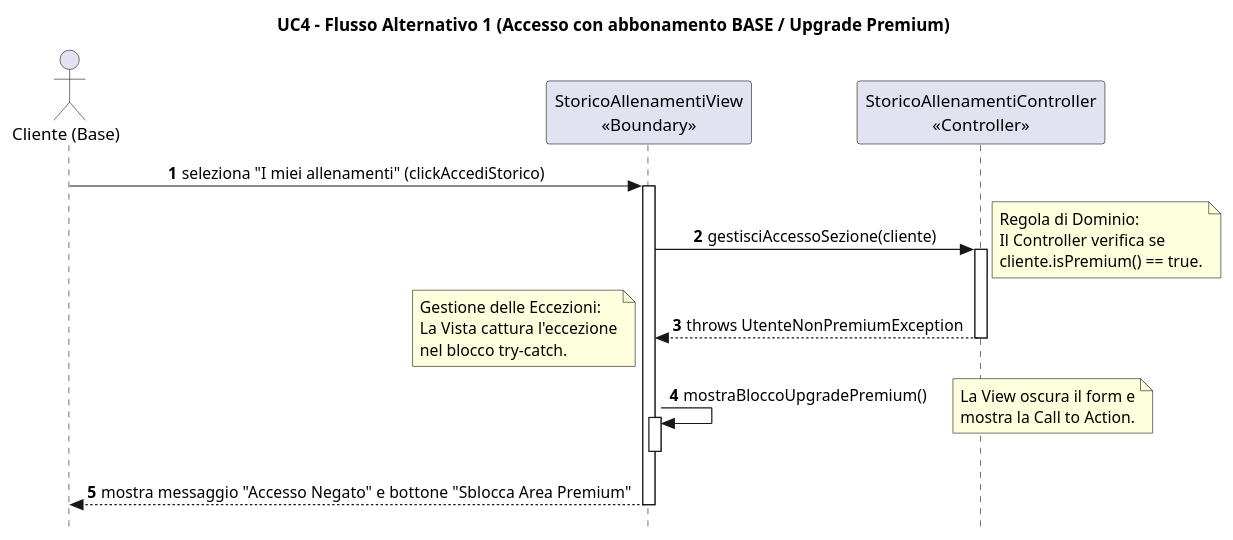
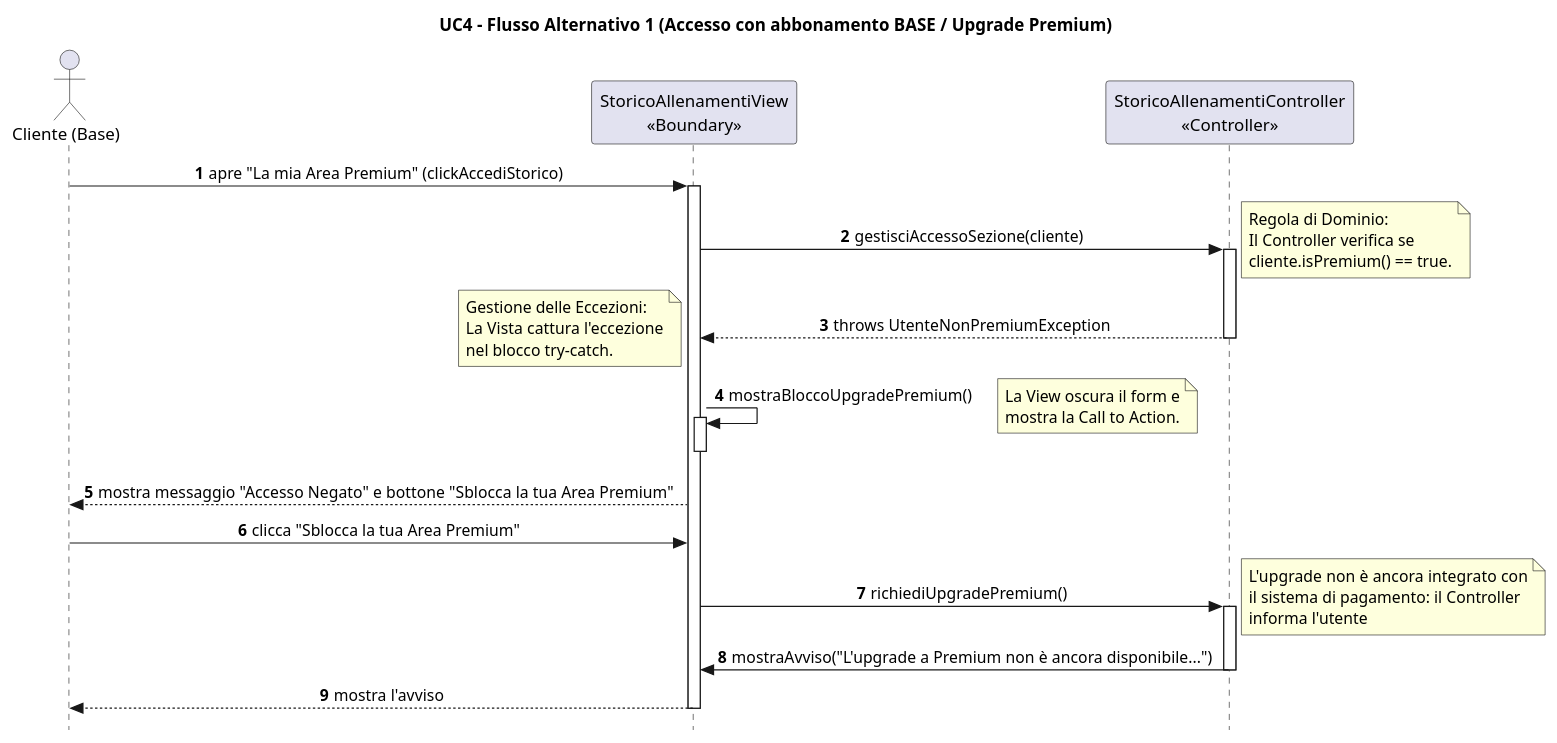
The second of 2 diagrams in ScriptActive/Documenti/08. Diagrammi di Sequenza/DSequenzaUC4.puml (svilu999/Progetto-ScriptActive), drawn with PlantUML before and after one commit. The commit also changed other lines of this file and 33 other files, not shown here.

First line of the commit message:
Allinea i diagrammi UML al codice attuale

```diff
--- a/ScriptActive/Documenti/08. Diagrammi di Sequenza/DSequenzaUC4.puml
+++ b/ScriptActive/Documenti/08. Diagrammi di Sequenza/DSequenzaUC4.puml
@@ -87,45 +114,57 @@
-@startuml
+@startuml DSequenzaUC4Alt
 skinparam style strictuml
 skinparam sequenceMessageAlign center
 
 title UC4 - Flusso Alternativo 1 (Accesso con abbonamento BASE / Upgrade Premium)
 
 actor "Cliente (Base)" as C
 participant "StoricoAllenamentiView\n<<Boundary>>" as V
 participant "StoricoAllenamentiController\n<<Controller>>" as Ctrl
 
 autonumber
 
-C -> V: seleziona "I miei allenamenti" (clickAccediStorico)
+C -> V: apre "La mia Area Premium" (clickAccediStorico)
 activate V
 
 V -> Ctrl: gestisciAccessoSezione(cliente)
 activate Ctrl
 
 note right
   Regola di Dominio:
   Il Controller verifica se
   cliente.isPremium() == true.
 end note
 
 Ctrl --> V: throws UtenteNonPremiumException
 deactivate Ctrl
 
 note left
   Gestione delle Eccezioni:
   La Vista cattura l'eccezione
   nel blocco try-catch.
 end note
 
 V -> V: mostraBloccoUpgradePremium()
 activate V
 note right
   La View oscura il form e
   mostra la Call to Action.
 end note
 deactivate V
 
-V --> C: mostra messaggio "Accesso Negato" e bottone "Sblocca Area Premium"
+V --> C: mostra messaggio "Accesso Negato" e bottone "Sblocca la tua Area Premium"
+
+C -> V: clicca "Sblocca la tua Area Premium"
+V -> Ctrl: richiediUpgradePremium()
+activate Ctrl
+note right
+  L'upgrade non è ancora integrato con
+  il sistema di pagamento: il Controller
+  informa l'utente
+end note
+Ctrl -> V: mostraAvviso("L'upgrade a Premium non è ancora disponibile...")
+deactivate Ctrl
+V --> C: mostra l'avviso
 deactivate V
 
 @enduml
```
